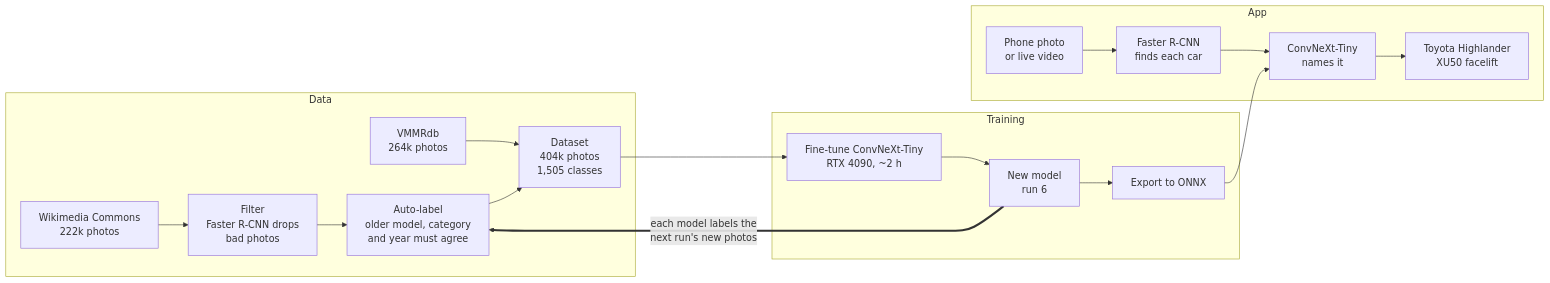
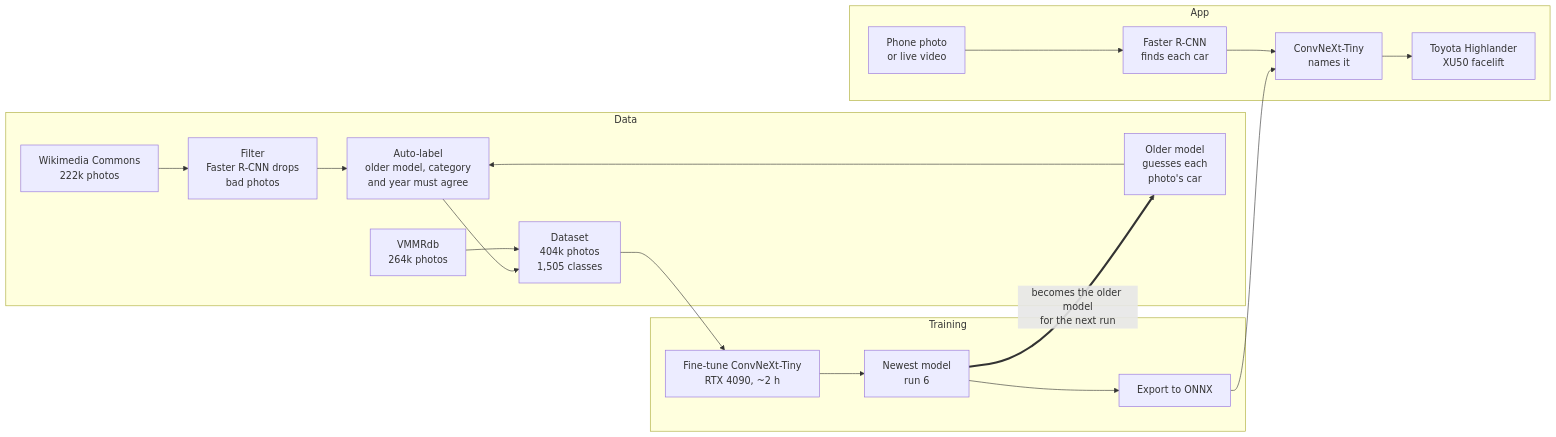
The diagram in README.md (timmyd4/Vehicle_Identifier), drawn with Mermaid before and after one commit.

Commit message:
README diagram: put the older model in the data step, call run 6 the newest model

````diff
--- a/README.md
+++ b/README.md
@@ -12,21 +12,22 @@
 ```mermaid
 flowchart LR
     subgraph Data
         A[Wikimedia Commons<br/>222k photos] --> B[Filter<br/>Faster R-CNN drops<br/>bad photos]
         B --> C[Auto-label<br/>older model, category<br/>and year must agree]
+        O[Older model<br/>guesses each<br/>photo's car] --> C
         V[VMMRdb<br/>264k photos] --> D
         C --> D[Dataset<br/>404k photos<br/>1,505 classes]
     end
     subgraph Training
         D --> E[Fine-tune ConvNeXt-Tiny<br/>RTX 4090, ~2 h]
-        E --> M[New model<br/>run 6]
+        E --> M[Newest model<br/>run 6]
         M --> F[Export to ONNX]
     end
-    M == "each model labels the<br/>next run's new photos" ==> C
+    M == "becomes the older model<br/>for the next run" ==> O
     subgraph App
         P[Phone photo<br/>or live video] --> G[Faster R-CNN<br/>finds each car]
         G --> H[ConvNeXt-Tiny<br/>names it]
         F --> H
         H --> I[Toyota Highlander<br/>XU50 facelift]
     end
 ```
````
